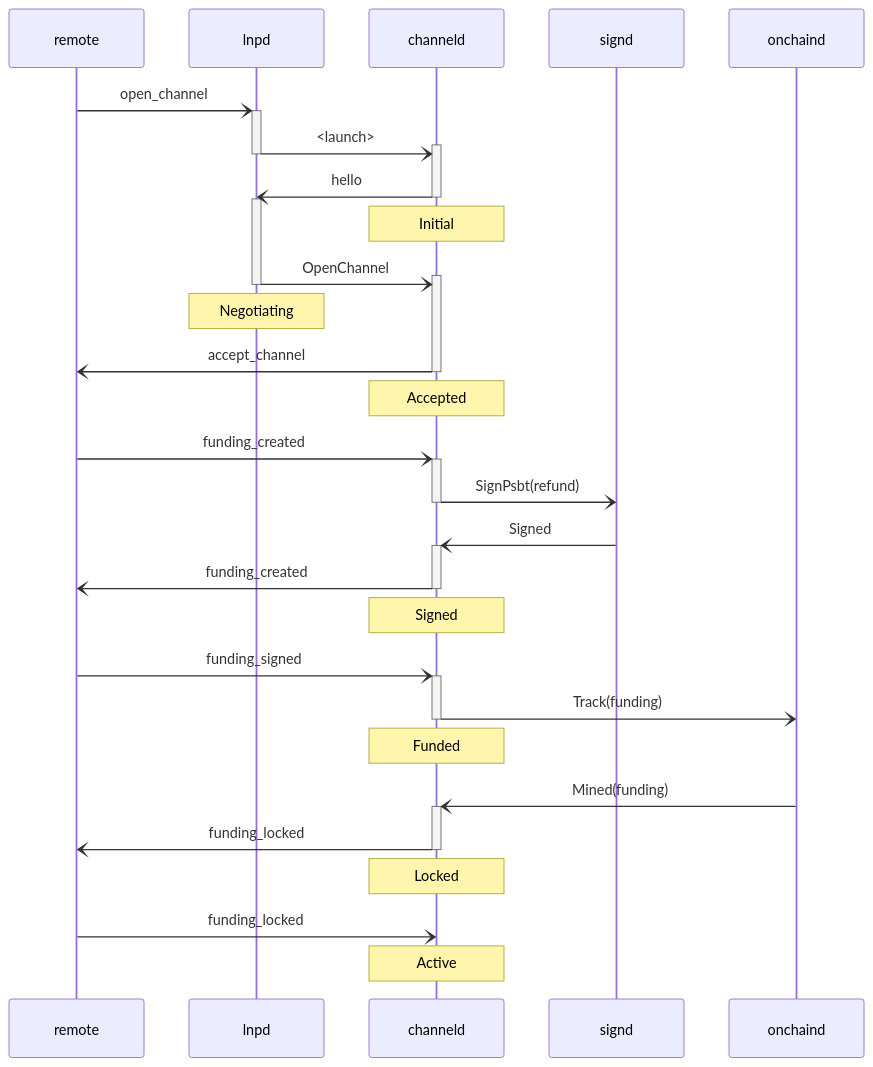
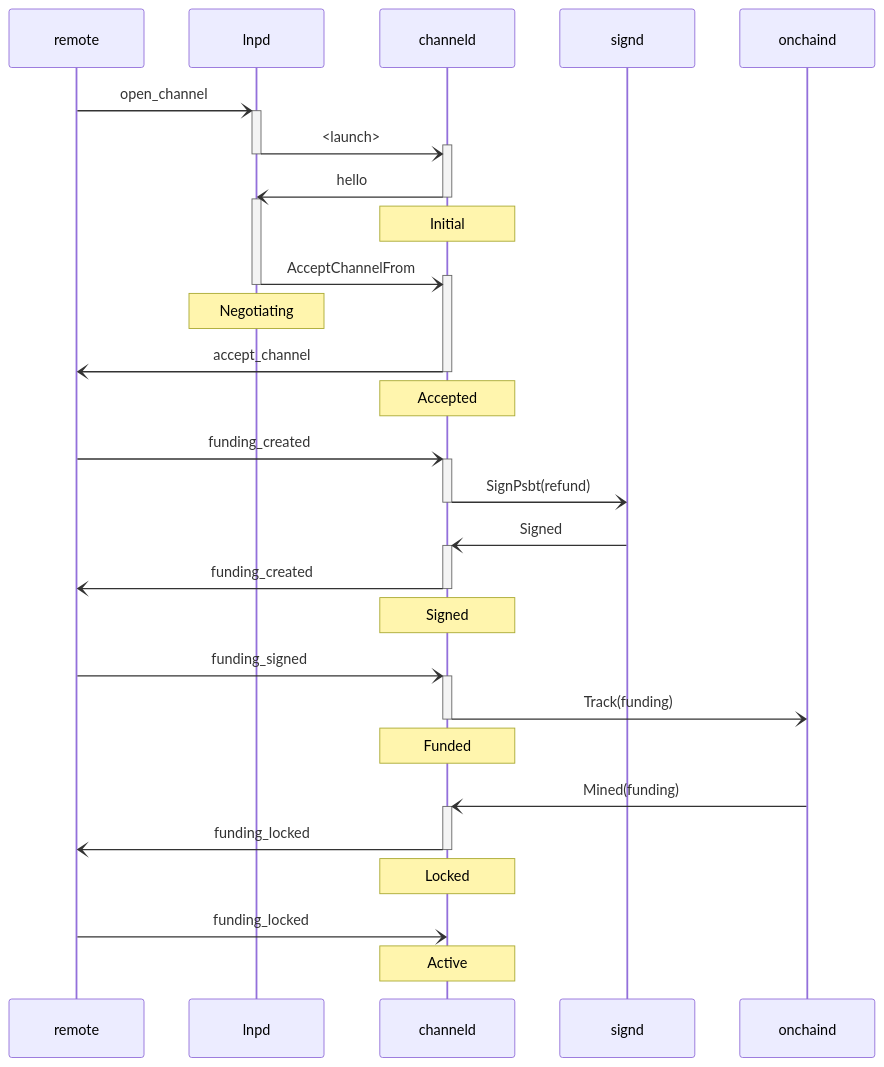
The diagram in doc/workflows/channel_accept.mmd (LNP-WG/lnp-node), drawn with Mermaid before and after one commit. The commit also changed 9 other files, not shown here.

```diff
--- a/doc/workflows/channel_accept.mmd
+++ b/doc/workflows/channel_accept.mmd
@@ -1,36 +1,36 @@
 sequenceDiagram
 
 participant remote
 participant lnpd
 participant channeld
 participant signd
 participant onchaind
 
 remote -) +lnpd: open_channel
 lnpd -) +channeld: <launch>
 deactivate lnpd
 channeld -) -lnpd: hello
 activate lnpd
 note over channeld: Initial
-lnpd -) +channeld: OpenChannel
+lnpd -) +channeld: AcceptChannelFrom
 deactivate lnpd
 note over lnpd: Negotiating
 channeld -) -remote: accept_channel
 note over channeld: Accepted
 
 remote -) +channeld: funding_created
 channeld -) -signd: SignPsbt(refund)
 signd -) +channeld: Signed
 channeld -) -remote: funding_created
 note over channeld: Signed
 
 remote -) +channeld: funding_signed
 channeld -) -onchaind: Track(funding)
 note over channeld: Funded
 
 onchaind -) +channeld: Mined(funding)
 channeld -) -remote: funding_locked
 note over channeld: Locked
 
 remote -) channeld: funding_locked
 note over channeld: Active
```
